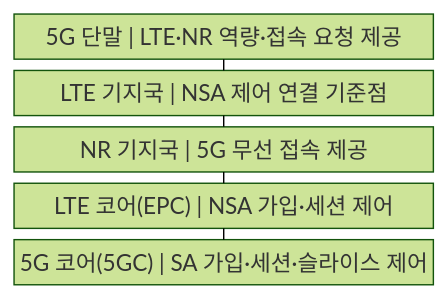
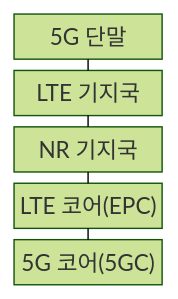
The first of 2 diagrams in src/content/docs/notes/04-network/037_5g_sa_nsa.md (agnusdei1207/knowledge-base), drawn with Mermaid (forest theme) before and after one commit. The commit also changed other lines of this file and 122 other files, not shown here.

````diff
--- a/src/content/docs/notes/04-network/037_5g_sa_nsa.md
+++ b/src/content/docs/notes/04-network/037_5g_sa_nsa.md
@@ -52,13 +52,13 @@
 ```mermaid
-block
+block-beta
     columns 1
-    A["5G 단말 | LTE·NR 역량·접속 요청 제공"]
-    B["LTE 기지국 | NSA 제어 연결 기준점"]
-    C["NR 기지국 | 5G 무선 접속 제공"]
-    D["LTE 코어(EPC) | NSA 가입·세션 제어"]
-    E["5G 코어(5GC) | SA 가입·세션·슬라이스 제어"]
+    A["5G 단말"]
+    B["LTE 기지국"]
+    C["NR 기지국"]
+    D["LTE 코어(EPC)"]
+    E["5G 코어(5GC)"]
     A --- B
     B --- C
     C --- D
     D --- E
 ```
````
